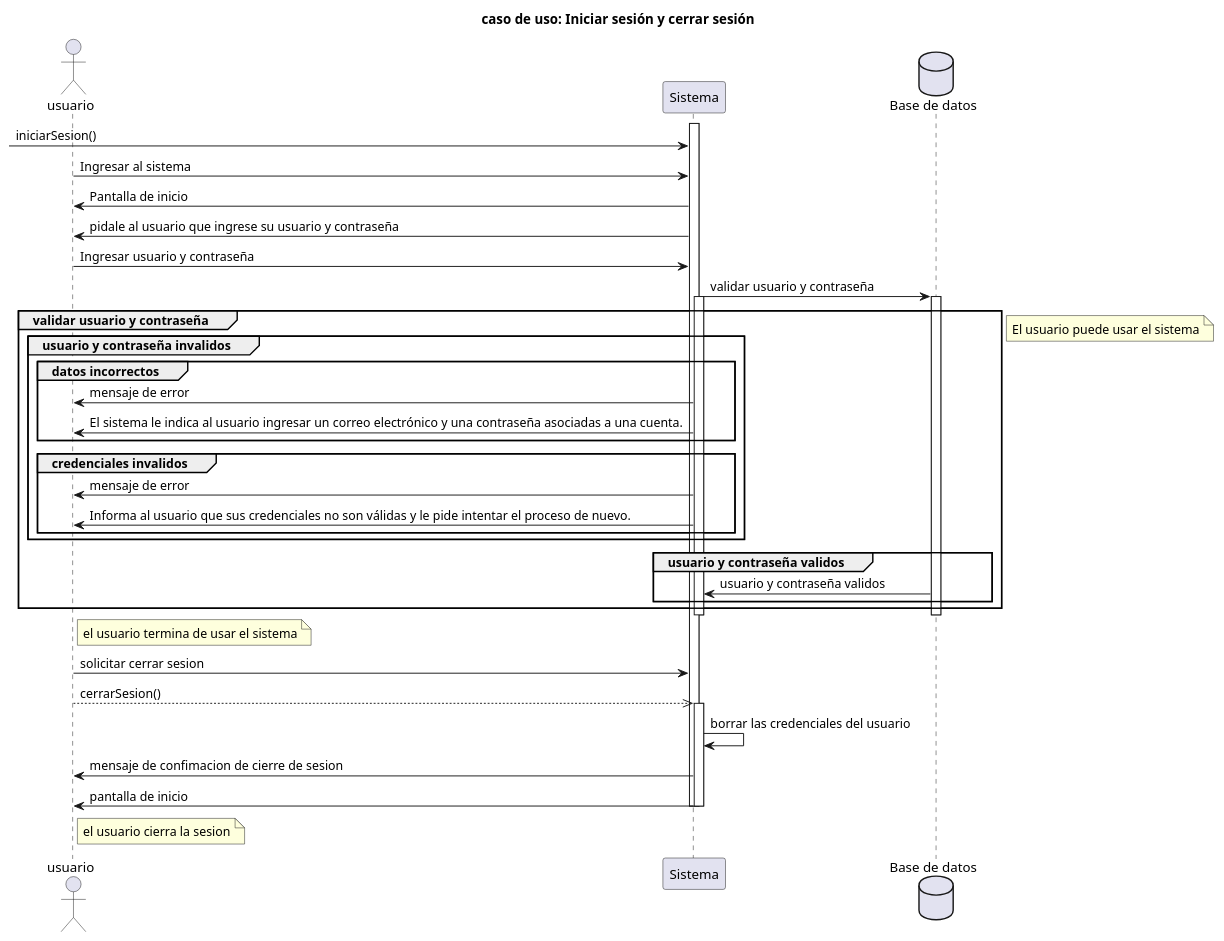
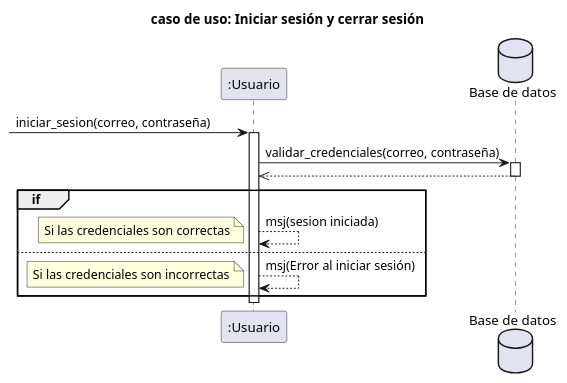
Before and after one commit to RubenE107/diagramas-de-dise-o-uml: the diagram in interacion 2/Iniciar y cerrar sesión.puml, drawn with PlantUML. The commit also changed other lines of this file and 1 other file, not shown here.

Commit message:
iniciar sesion

```diff
--- a/interacion 2/Iniciar y cerrar sesión.puml
+++ b/interacion 2/Iniciar y cerrar sesión.puml
@@ -1,59 +1,21 @@
 @startuml
 title caso de uso: Iniciar sesión y cerrar sesión
-actor "usuario" as U
-participant "Sistema" as s
+
+participant ":Usuario" as u
 database "Base de datos" as BD
-activate s
-->s:iniciarSesion()
-U -> s: Ingresar al sistema
-s->U: Pantalla de inicio
-s->U: pidale al usuario que ingrese su usuario y contraseña
-U->s: Ingresar usuario y contraseña
-
-
-s->BD: validar usuario y contraseña
- activate s 
+ -> u: iniciar_sesion(correo, contraseña)
+activate u
+u->BD: validar_credenciales(correo, contraseña)
 activate BD
-group validar usuario y contraseña
-  
-    group usuario y contraseña invalidos
-        group datos incorrectos
-            s->U: mensaje de error
-            s->U: El sistema le indica al usuario ingresar un correo electrónico y una contraseña asociadas a una cuenta.
-
-        end
-        group credenciales invalidos
-            s->U: mensaje de error
-            s->U: Informa al usuario que sus credenciales no son válidas y le pide intentar el proceso de nuevo.       
-        end
-    end
-      group usuario y contraseña validos
-    
-    BD->s: usuario y contraseña validos
-
-    end
-
-end
-
+BD-->>u
 deactivate BD
 
-
-  note left: El usuario puede usar el sistema
-  
-deactivate s
-note right of U: el usuario termina de usar el sistema
-
-U->s: solicitar cerrar sesion
-U-->>s: cerrarSesion()
-activate s
-s->s: borrar las credenciales del usuario
-s->U: mensaje de confimacion de cierre de sesion
-s->U: pantalla de inicio
-deactivate s
-note right of U: el usuario cierra la sesion
-
-deactivate s
-
-
-
+group if
+u --> u: msj(sesion iniciada)
+note left: Si las credenciales son correctas
+else
+u --> u: msj(Error al iniciar sesión)
+note left: Si las credenciales son incorrectas
+end
+deactivate u
 @enduml
```
